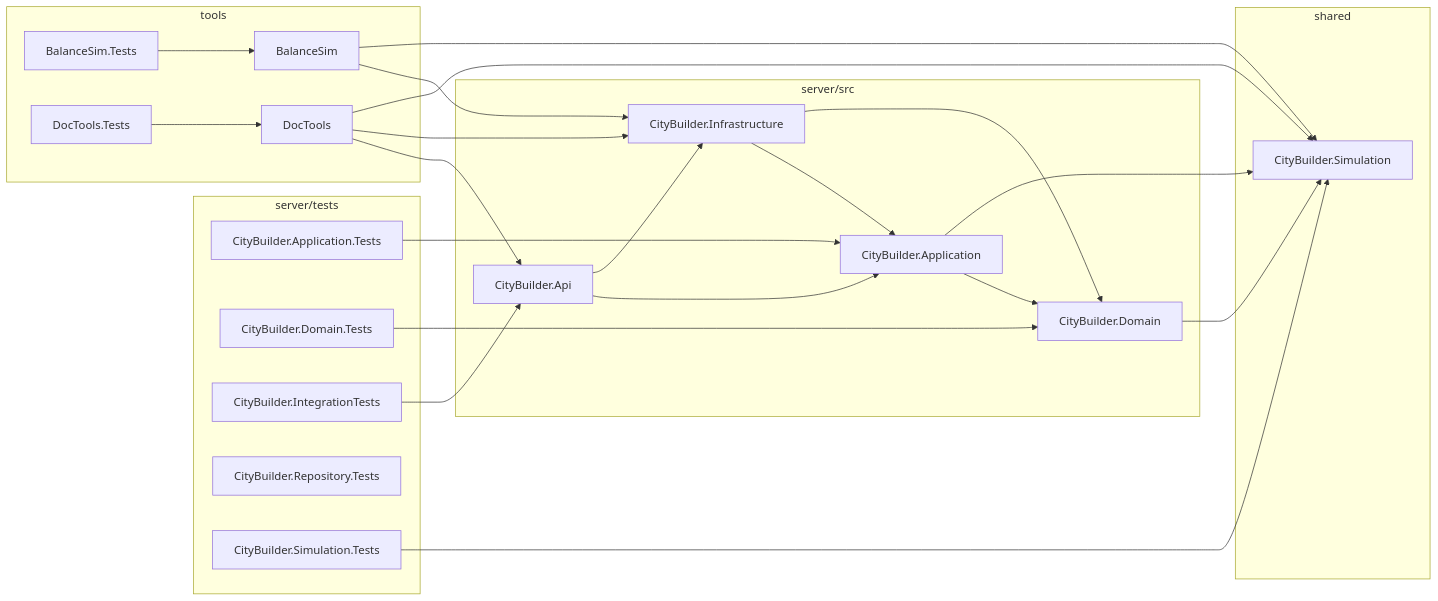
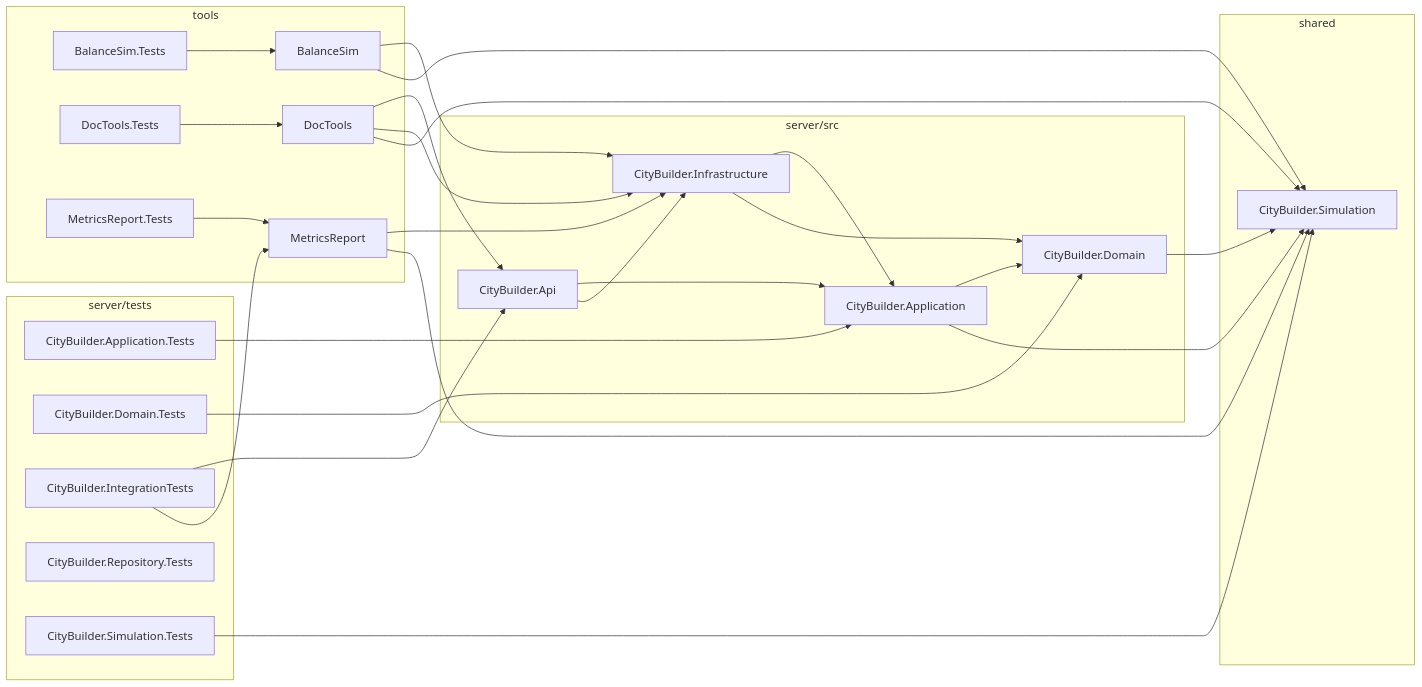
The first of 2 diagrams in docs/reference/generated/project-map.md (Samurai-netizen/citybuild), drawn with Mermaid before and after one commit. The commit also changed other lines of this file and 74 other files, not shown here.

First line of the commit message:
feat(CR-0009-T2): player metrics report (checkpoints.json, MetricsReport, panel.sh metrics) (#103)

````diff
--- a/docs/reference/generated/project-map.md
+++ b/docs/reference/generated/project-map.md
@@ -11,43 +11,49 @@
 ```mermaid
 flowchart LR
   subgraph n_server_src["server/src"]
     n_CityBuilder_Api["CityBuilder.Api"]
     n_CityBuilder_Application["CityBuilder.Application"]
     n_CityBuilder_Domain["CityBuilder.Domain"]
     n_CityBuilder_Infrastructure["CityBuilder.Infrastructure"]
   end
   subgraph n_server_tests["server/tests"]
     n_CityBuilder_Application_Tests["CityBuilder.Application.Tests"]
     n_CityBuilder_Domain_Tests["CityBuilder.Domain.Tests"]
     n_CityBuilder_IntegrationTests["CityBuilder.IntegrationTests"]
     n_CityBuilder_Repository_Tests["CityBuilder.Repository.Tests"]
     n_CityBuilder_Simulation_Tests["CityBuilder.Simulation.Tests"]
   end
   subgraph n_shared["shared"]
     n_CityBuilder_Simulation["CityBuilder.Simulation"]
   end
   subgraph n_tools["tools"]
     n_BalanceSim_Tests["BalanceSim.Tests"]
     n_BalanceSim["BalanceSim"]
     n_DocTools_Tests["DocTools.Tests"]
     n_DocTools["DocTools"]
+    n_MetricsReport_Tests["MetricsReport.Tests"]
+    n_MetricsReport["MetricsReport"]
   end
   n_CityBuilder_Api --> n_CityBuilder_Application
   n_CityBuilder_Api --> n_CityBuilder_Infrastructure
   n_CityBuilder_Application --> n_CityBuilder_Domain
   n_CityBuilder_Application --> n_CityBuilder_Simulation
   n_CityBuilder_Domain --> n_CityBuilder_Simulation
   n_CityBuilder_Infrastructure --> n_CityBuilder_Application
   n_CityBuilder_Infrastructure --> n_CityBuilder_Domain
   n_CityBuilder_Application_Tests --> n_CityBuilder_Application
   n_CityBuilder_Domain_Tests --> n_CityBuilder_Domain
   n_CityBuilder_IntegrationTests --> n_CityBuilder_Api
+  n_CityBuilder_IntegrationTests --> n_MetricsReport
   n_CityBuilder_Simulation_Tests --> n_CityBuilder_Simulation
   n_BalanceSim_Tests --> n_BalanceSim
   n_BalanceSim --> n_CityBuilder_Infrastructure
   n_BalanceSim --> n_CityBuilder_Simulation
   n_DocTools_Tests --> n_DocTools
   n_DocTools --> n_CityBuilder_Api
   n_DocTools --> n_CityBuilder_Infrastructure
   n_DocTools --> n_CityBuilder_Simulation
+  n_MetricsReport_Tests --> n_MetricsReport
+  n_MetricsReport --> n_CityBuilder_Infrastructure
+  n_MetricsReport --> n_CityBuilder_Simulation
 ```
````
